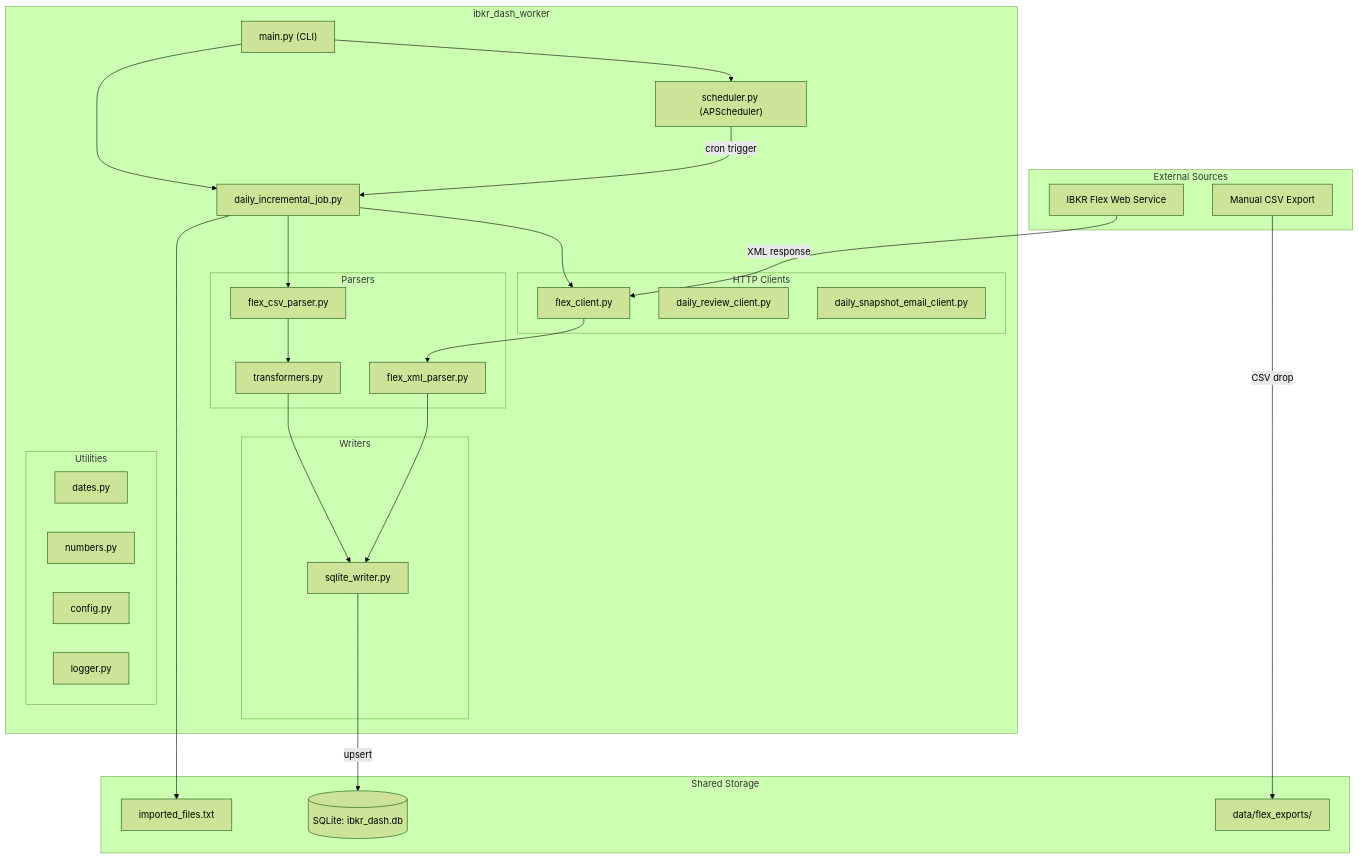
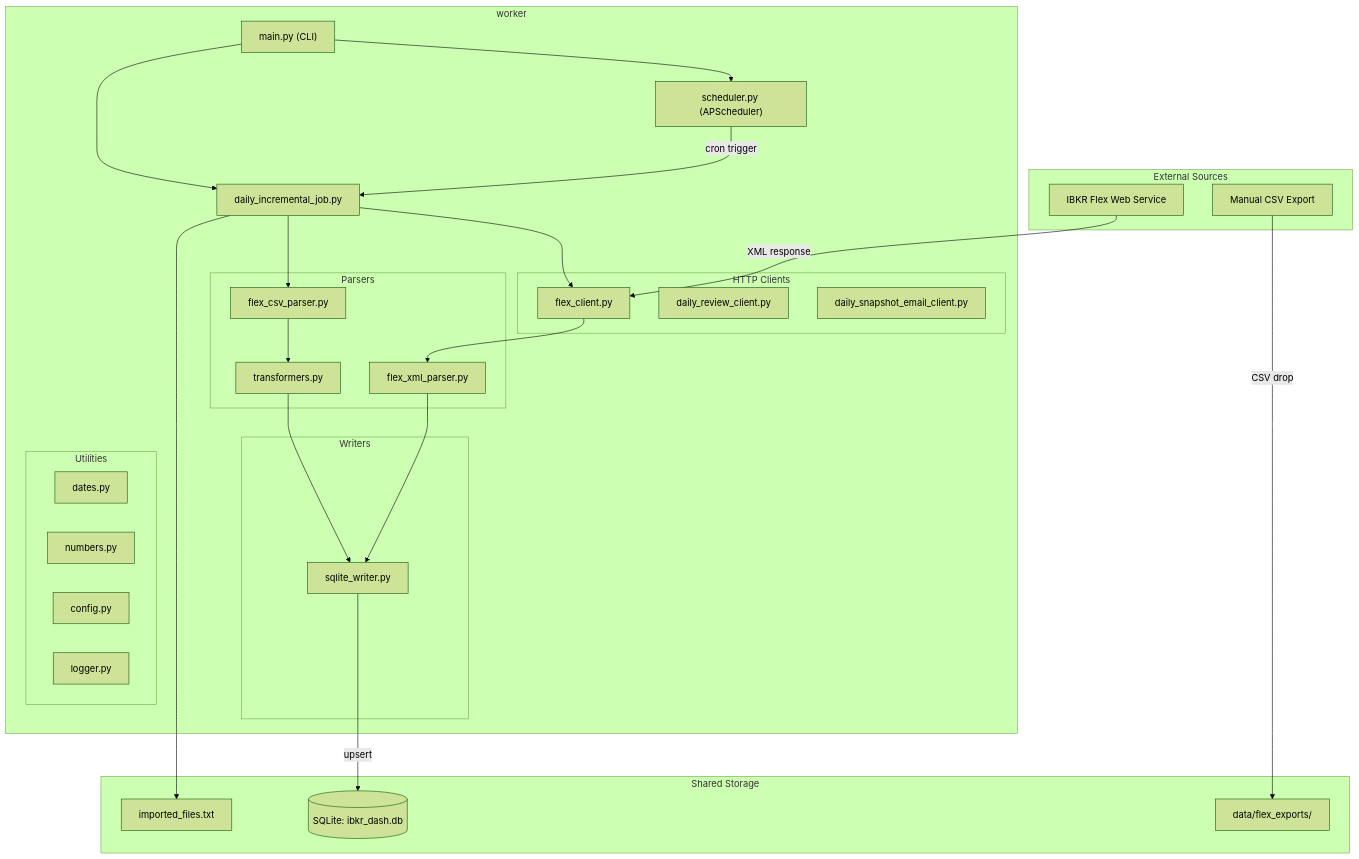
Before and after one commit to XUranus/ibkr-dash: the first of 4 diagrams in docs/docs/worker/overview.md, drawn with Mermaid (forest theme). The commit also changed other lines of this file and 373 other files, not shown here.

First line of the commit message:
refactor: rename ibkr_dash_{backend,frontend,worker} to {backend,frontend,worker}

````diff
--- a/docs/docs/worker/overview.md
+++ b/docs/docs/worker/overview.md
@@ -21,56 +21,56 @@
 ```mermaid
 graph TB
     subgraph External["External Sources"]
         IBKR["IBKR Flex Web Service"]
         Manual["Manual CSV Export"]
     end
 
-    subgraph Worker["ibkr_dash_worker"]
+    subgraph Worker["worker"]
         CLI["main.py (CLI)"]
         Scheduler["scheduler.py (APScheduler)"]
         Job["daily_incremental_job.py"]
 
         subgraph Clients["HTTP Clients"]
             FlexClient["flex_client.py"]
             ReviewClient["daily_review_client.py"]
             EmailClient["daily_snapshot_email_client.py"]
         end
 
         subgraph Parsers["Parsers"]
             CSVParser["flex_csv_parser.py"]
             XMLParser["flex_xml_parser.py"]
             Transformers["transformers.py"]
         end
 
         subgraph Writers["Writers"]
             SQLiteWriter["sqlite_writer.py"]
         end
 
         subgraph Utils["Utilities"]
             Dates["dates.py"]
             Numbers["numbers.py"]
             Config["config.py"]
             Logger["logger.py"]
         end
     end
 
     subgraph Storage["Shared Storage"]
         DB[(SQLite: ibkr_dash.db)]
         DataDir["data/flex_exports/"]
         TrackFile["imported_files.txt"]
     end
 
     IBKR -->|"XML response"| FlexClient
     Manual -->|"CSV drop"| DataDir
     CLI --> Scheduler
     CLI --> Job
     Scheduler -->|"cron trigger"| Job
     Job --> FlexClient
     Job --> CSVParser
     FlexClient --> XMLParser
     CSVParser --> Transformers
     XMLParser --> SQLiteWriter
     Transformers --> SQLiteWriter
     SQLiteWriter -->|"upsert"| DB
     Job --> TrackFile
 ```
````
